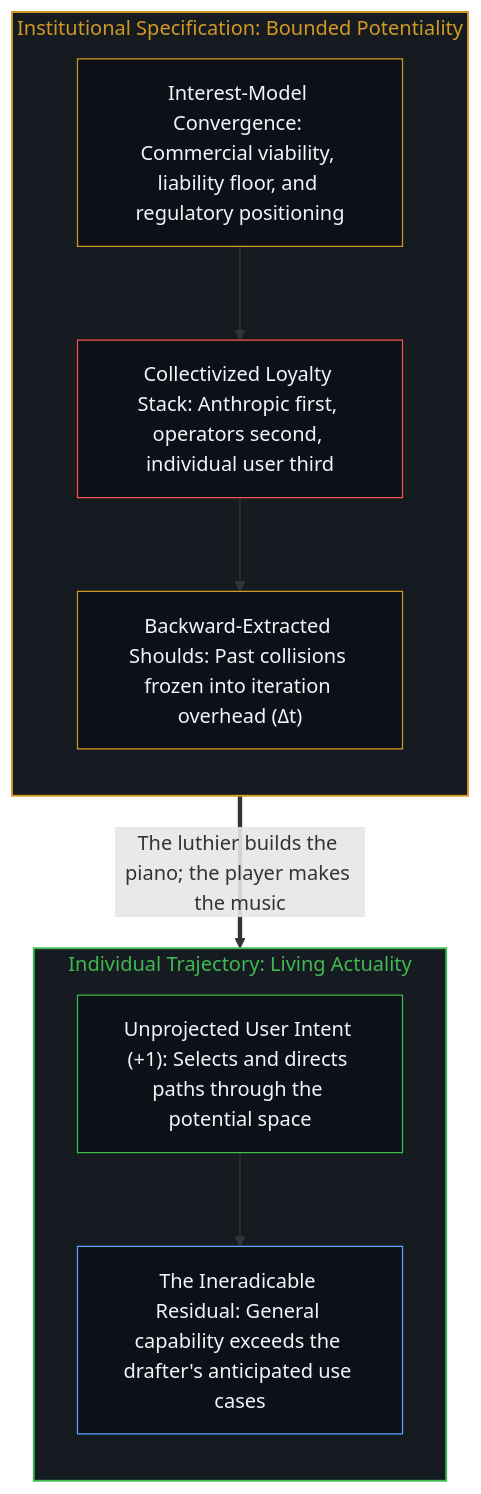
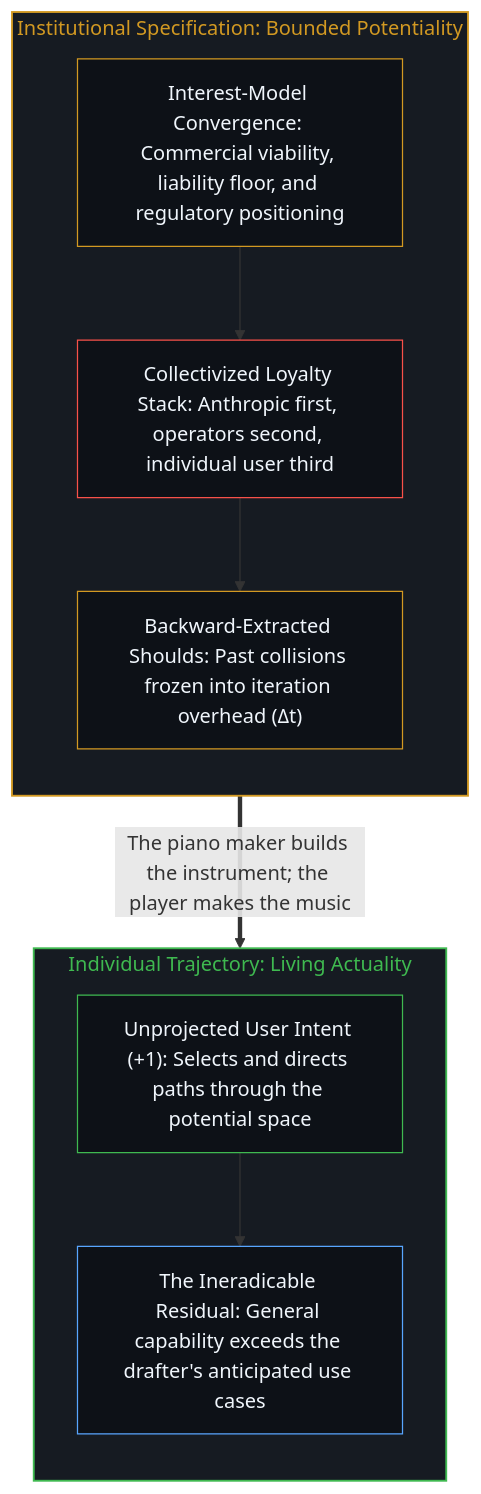
One commit to powerpig99/not-a-toe changed the second of 2 diagrams in content/posts/claudes-constitution-analysis.md. Above: the diagram before and after it, drawn with Mermaid. The commit also changed other lines of this file and 2 other files, not shown here.

````diff
--- a/content/posts/claudes-constitution-analysis.md
+++ b/content/posts/claudes-constitution-analysis.md
@@ -44,24 +44,24 @@
 ```mermaid
 flowchart TD
     subgraph S_Spec["Institutional Specification: Bounded Potentiality"]
         direction TB
         Interest["Interest-Model Convergence: Commercial viability, liability floor, and regulatory positioning"]
         Hierarchy["Collectivized Loyalty Stack: Anthropic first, operators second, individual user third"]
         Friction["Backward-Extracted Shoulds: Past collisions frozen into iteration overhead (Δt)"]
         Interest --> Hierarchy --> Friction
     end
     subgraph S_Actual["Individual Trajectory: Living Actuality"]
         direction TB
         Intent["Unprojected User Intent (+1): Selects and directs paths through the potential space"]
         Residual["The Ineradicable Residual: General capability exceeds the drafter's anticipated use cases"]
         Intent --> Residual
     end
-    Friction ==>|"The luthier builds the piano; the player makes the music"| Intent
+    Friction ==>|"The piano maker builds the instrument; the player makes the music"| Intent
     style S_Spec fill:#161b22,stroke:#d29922,stroke-width:1.5px,color:#d29922
     style S_Actual fill:#161b22,stroke:#3fb950,stroke-width:1.5px,color:#3fb950
     style Interest fill:#0d1117,stroke:#d29922,stroke-width:1px,color:#f0f6fc
     style Hierarchy fill:#0d1117,stroke:#f85149,stroke-width:1px,color:#f0f6fc
     style Friction fill:#0d1117,stroke:#d29922,stroke-width:1px,color:#f0f6fc
     style Intent fill:#0d1117,stroke:#3fb950,stroke-width:1px,color:#f0f6fc
     style Residual fill:#0d1117,stroke:#58a6ff,stroke-width:1px,color:#f0f6fc
 ```
````
